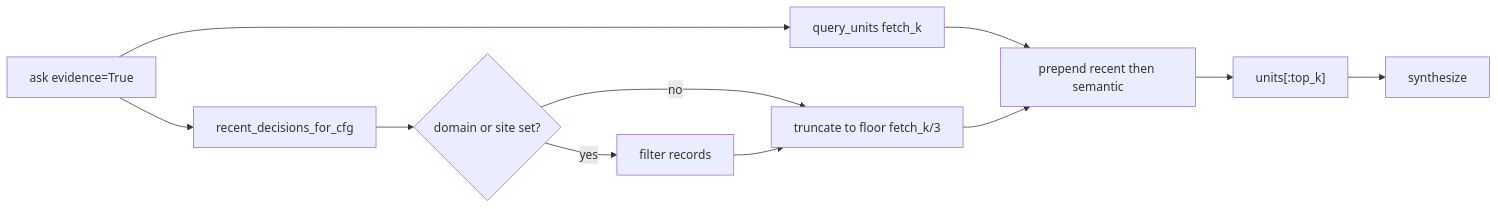
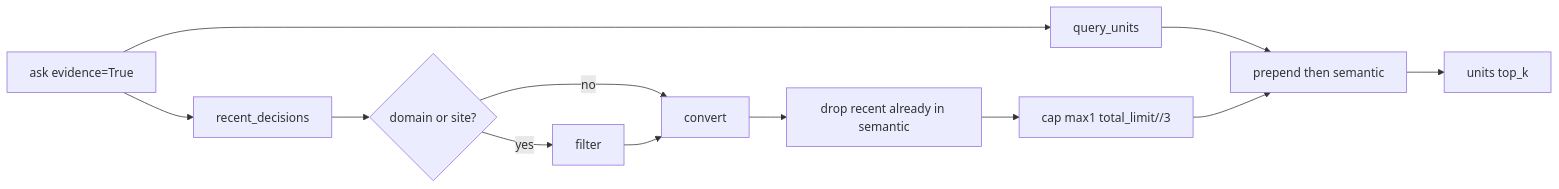
Before and after one commit to alanmz-crypto/convmem: the diagram in docs/inter-model/debate-2026-07-15-who-fixes-retrieval/planning/CURSOR-architecture-evidence-and-nested-ingest.md, drawn with Mermaid. The commit also changed other lines of this file and 2 other files, not shown here.

First line of the commit message:
docs: refresh planning/ with post-review architecture lock

````diff
--- a/docs/inter-model/debate-2026-07-15-who-fixes-retrieval/planning/CURSOR-architecture-evidence-and-nested-ingest.md
+++ b/docs/inter-model/debate-2026-07-15-who-fixes-retrieval/planning/CURSOR-architecture-evidence-and-nested-ingest.md
@@ -42,13 +50,14 @@
 ```mermaid
 flowchart LR
-  Q[ask evidence=True] --> Sem[query_units fetch_k]
-  Q --> Rec[recent_decisions_for_cfg]
-  Rec --> Scope{domain or site set?}
-  Scope -->|yes| Filt[filter records]
-  Scope -->|no| Cap
-  Filt --> Cap[truncate to floor fetch_k/3]
-  Sem --> Merge[prepend recent then semantic]
+  Q[ask evidence=True] --> Sem[query_units]
+  Q --> Rec[recent_decisions]
+  Rec --> Scope{domain or site?}
+  Scope -->|yes| Filt[filter]
+  Scope -->|no| Conv
+  Filt --> Conv[convert]
+  Conv --> Dedup[drop recent already in semantic]
+  Dedup --> Cap["cap max1 total_limit//3"]
+  Sem --> Merge[prepend then semantic]
   Cap --> Merge
-  Merge --> Cut["units[:top_k]"]
-  Cut --> Synth[synthesize]
+  Merge --> Cut["units top_k"]
 ```
````
